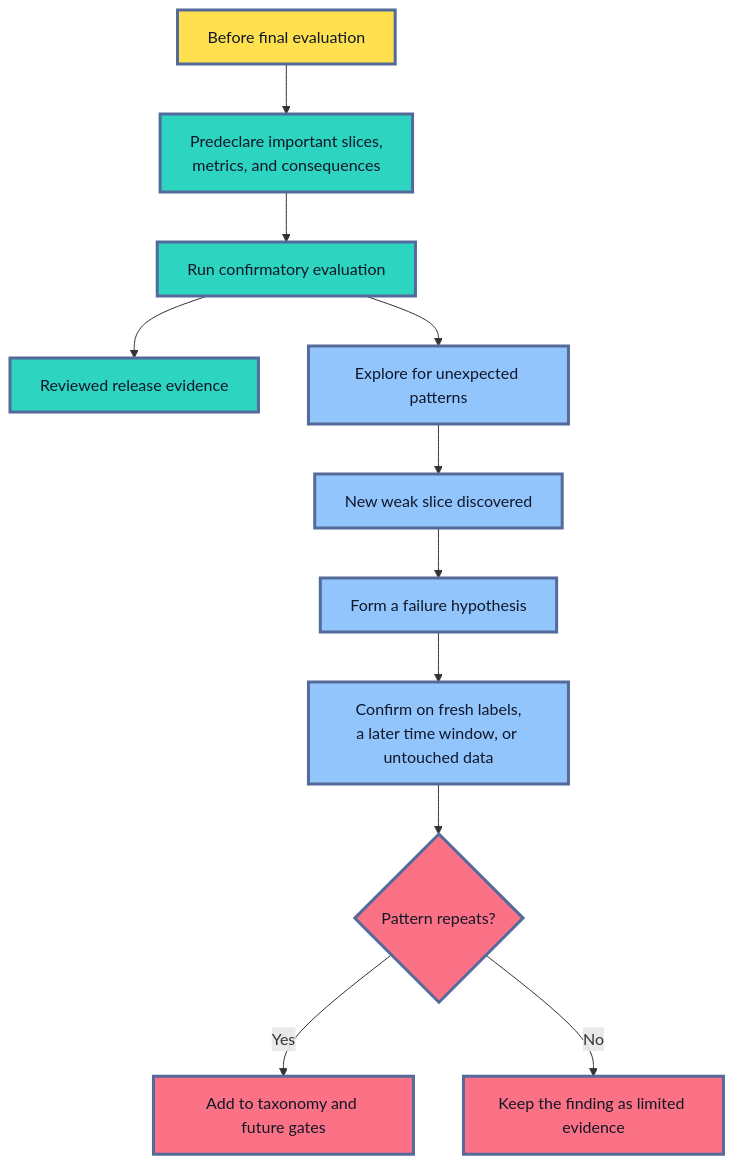
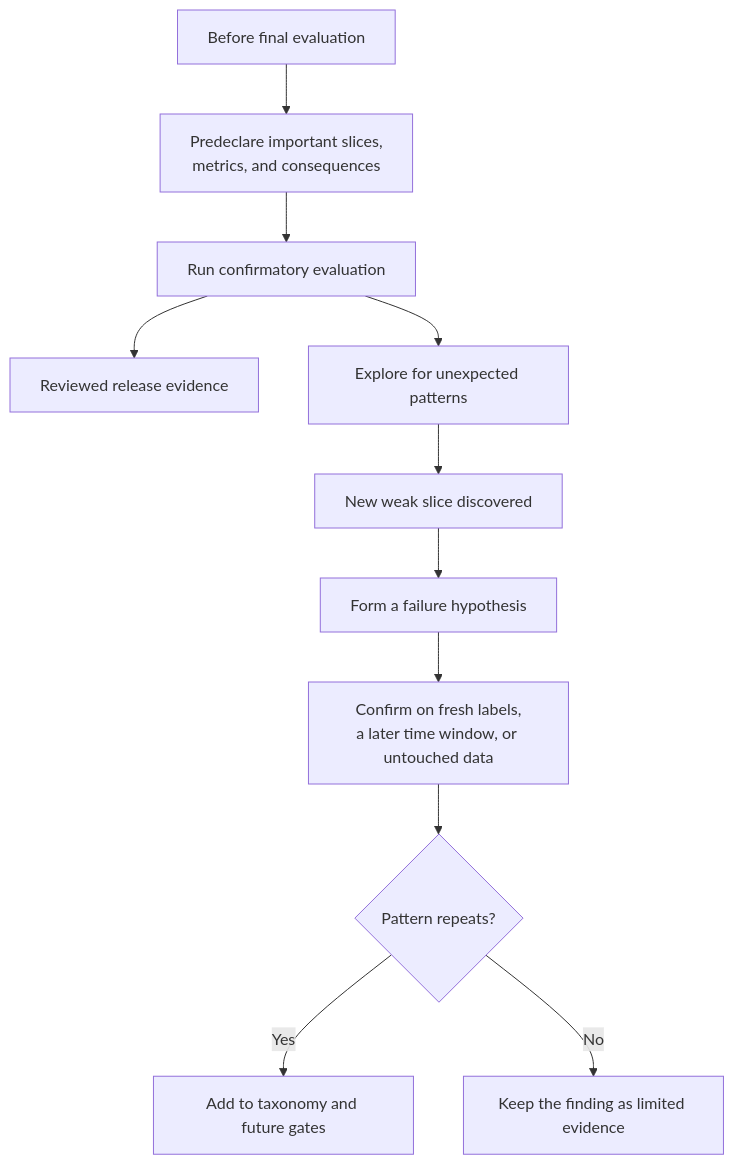
The ninth of 12 diagrams in roadmaps/mlops/modules/model-evaluation/production-readiness/01-segment-evaluation-edge-cases.md (senlinyy/dev-roadmaps), drawn with Mermaid before and after one commit. The commit also changed other lines of this file and 152 other files, not shown here.

Commit message:
feat: mlops and diagrams updated

````diff
--- a/roadmaps/mlops/modules/model-evaluation/production-readiness/01-segment-evaluation-edge-cases.md
+++ b/roadmaps/mlops/modules/model-evaluation/production-readiness/01-segment-evaluation-edge-cases.md
@@ -649,22 +623,18 @@
 ```mermaid
 flowchart TD
     A["Before final evaluation"] --> B["Predeclare important slices,<br/>metrics, and consequences"]
     B --> C["Run confirmatory evaluation"]
     C --> D["Reviewed release evidence"]
     C --> E["Explore for unexpected patterns"]
     E --> F["New weak slice discovered"]
     F --> G["Form a failure hypothesis"]
     G --> H["Confirm on fresh labels,<br/>a later time window, or untouched data"]
     H --> I{"Pattern repeats?"}
     I -->|"Yes"| J["Add to taxonomy and future gates"]
     I -->|"No"| K["Keep the finding as limited evidence"]
 
-    classDef before fill:#FFE04F,stroke:#536A9A,stroke-width:3px,color:#111827
-    classDef confirm fill:#2DD4BF,stroke:#536A9A,stroke-width:3px,color:#0F172A
-    classDef discover fill:#93C5FD,stroke:#536A9A,stroke-width:3px,color:#0F172A
-    classDef decision fill:#FB7185,stroke:#536A9A,stroke-width:3px,color:#111827
     class A before
     class B,C,D confirm
     class E,F,G,H discover
     class I,J,K decision
 ```
````
